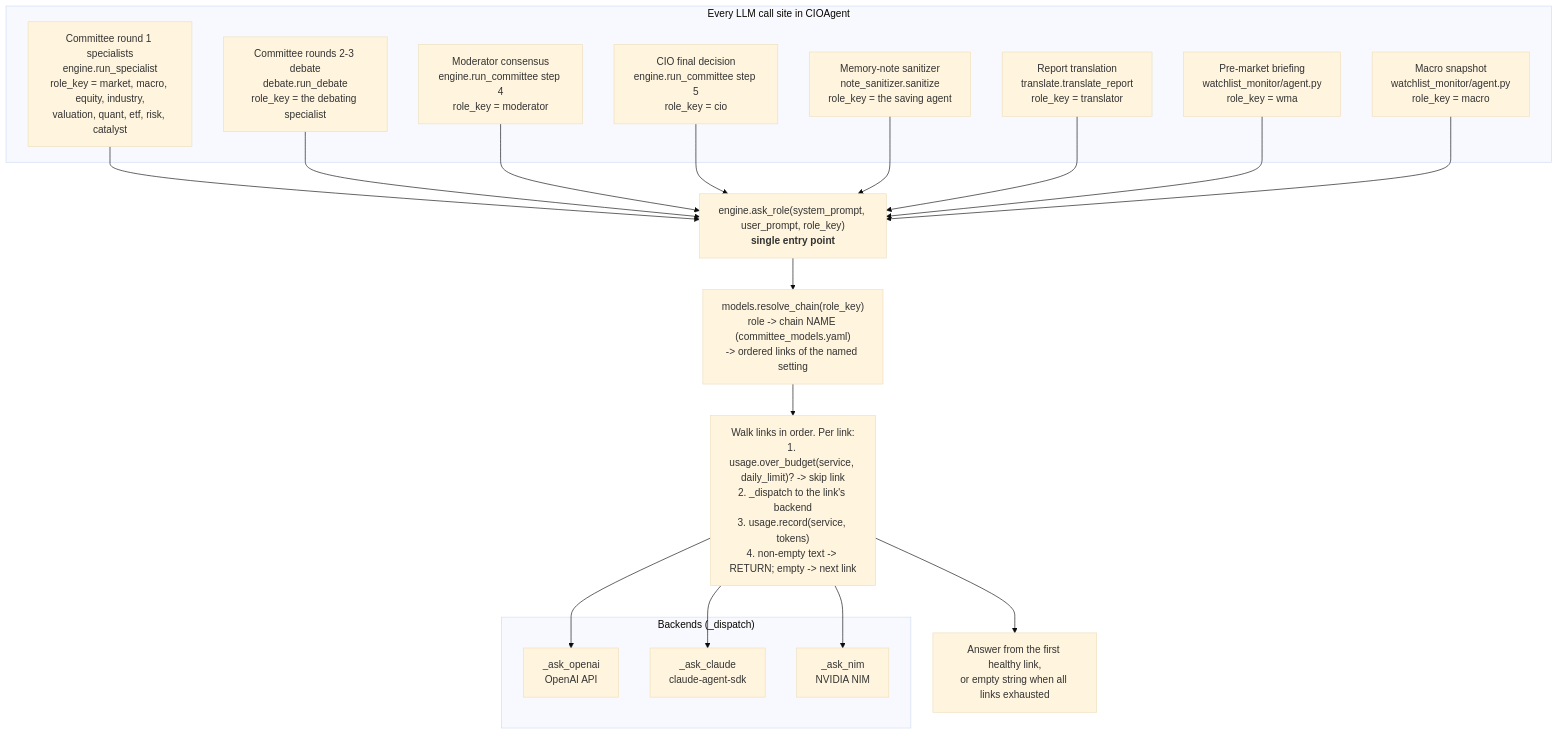
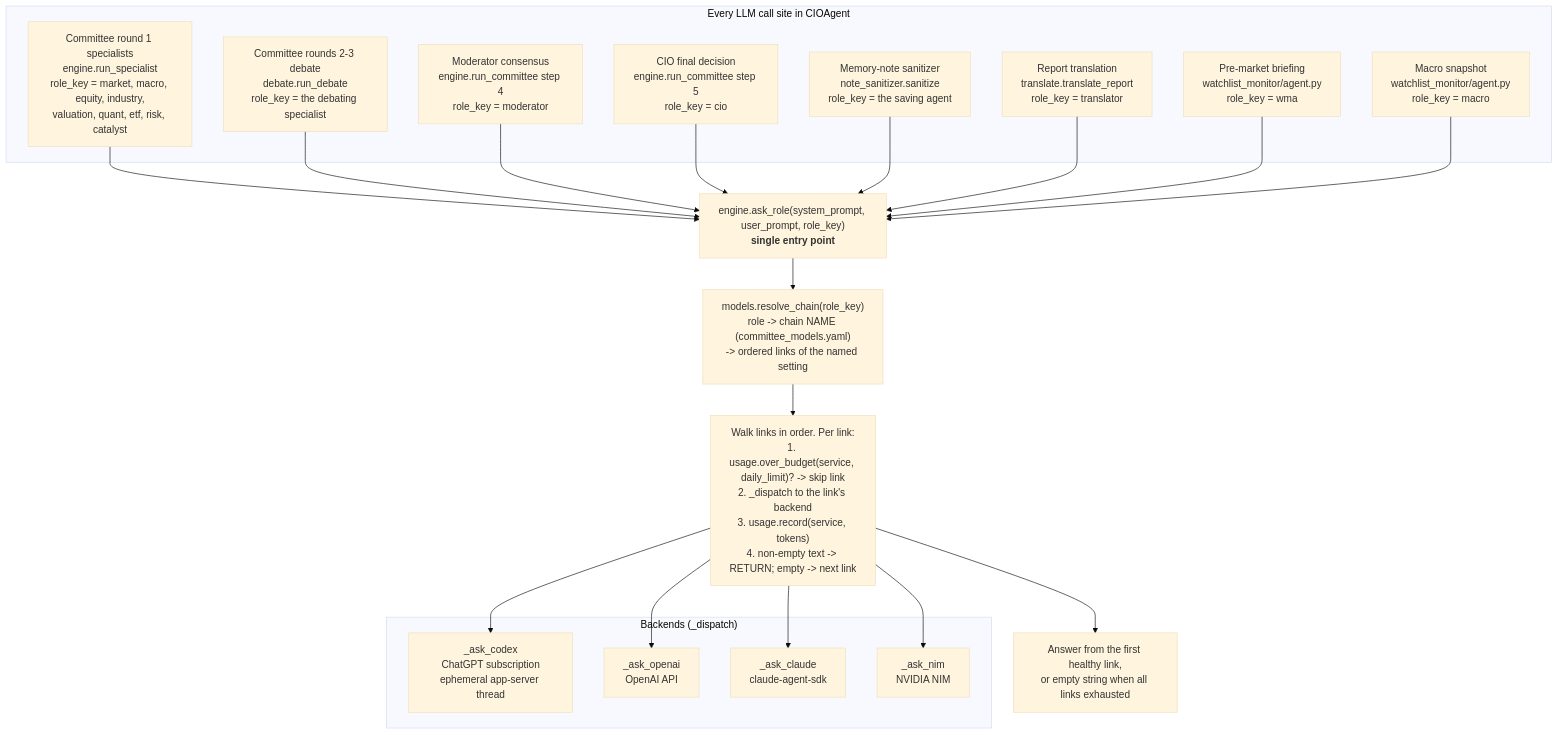
Before and after one commit to cloudaipro/CIOAgent: the diagram in docs/FALLBACK-CHAINS.md, drawn with Mermaid (base theme). The commit also changed other lines of this file and 25 other files, not shown here.

Commit message:
Add ChatGPT subscription routing across agents

````diff
--- a/docs/FALLBACK-CHAINS.md
+++ b/docs/FALLBACK-CHAINS.md
@@ -62,40 +62,42 @@
 ```mermaid
 flowchart TD
     subgraph CALLERS["Every LLM call site in CIOAgent"]
         SP["Committee round 1 specialists<br>engine.run_specialist<br>role_key = market, macro, equity, industry,<br>valuation, quant, etf, risk, catalyst"]
         DEB["Committee rounds 2-3 debate<br>debate.run_debate<br>role_key = the debating specialist"]
         MOD["Moderator consensus<br>engine.run_committee step 4<br>role_key = moderator"]
         CIOC["CIO final decision<br>engine.run_committee step 5<br>role_key = cio"]
         SAN["Memory-note sanitizer<br>note_sanitizer.sanitize<br>role_key = the saving agent"]
         TRA["Report translation<br>translate.translate_report<br>role_key = translator"]
         WMAB["Pre-market briefing<br>watchlist_monitor/agent.py<br>role_key = wma"]
         WMAM["Macro snapshot<br>watchlist_monitor/agent.py<br>role_key = macro"]
     end
 
     AR["engine.ask_role(system_prompt, user_prompt, role_key)<br><b>single entry point</b>"]
 
     SP --> AR
     DEB --> AR
     MOD --> AR
     CIOC --> AR
     SAN --> AR
     TRA --> AR
     WMAB --> AR
     WMAM --> AR
 
     AR --> RC["models.resolve_chain(role_key)<br>role -> chain NAME (committee_models.yaml)<br>-> ordered links of the named setting"]
 
     RC --> WALK["Walk links in order. Per link:<br>1. usage.over_budget(service, daily_limit)? -> skip link<br>2. _dispatch to the link's backend<br>3. usage.record(service, tokens)<br>4. non-empty text -> RETURN; empty -> next link"]
 
     subgraph BACKENDS["Backends (_dispatch)"]
+        CDX["_ask_codex<br>ChatGPT subscription<br>ephemeral app-server thread"]
         OAI["_ask_openai<br>OpenAI API"]
         CLA["_ask_claude<br>claude-agent-sdk"]
         NIM["_ask_nim<br>NVIDIA NIM"]
     end
 
+    WALK --> CDX
     WALK --> OAI
     WALK --> CLA
     WALK --> NIM
 
     WALK --> RET["Answer from the first healthy link,<br>or empty string when all links exhausted"]
 ```
````
